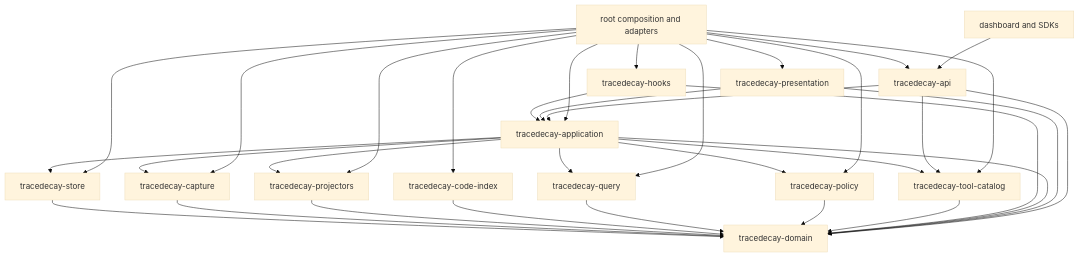
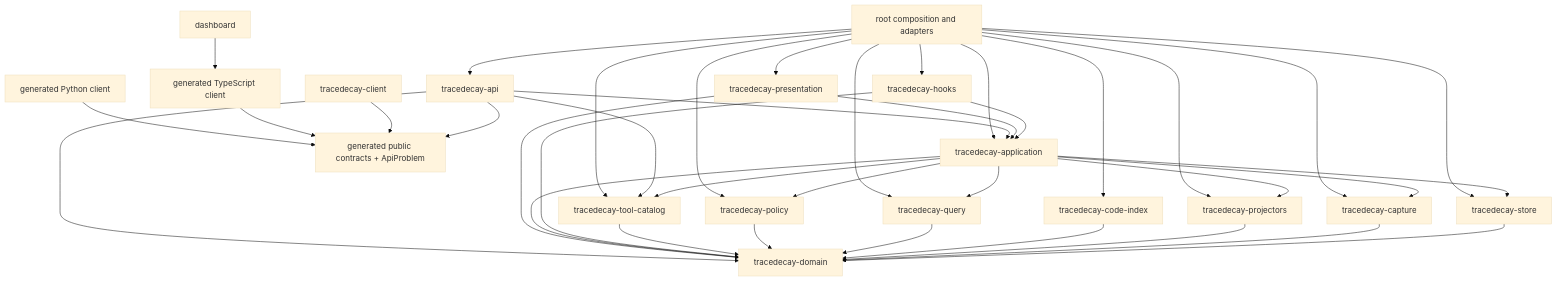
One commit to ScriptedAlchemy/tracedecay changed the first of 2 diagrams in docs/plans/tracedecay-v2/19-system-defragmentation-convergence-and-extensibility.md. Above: the diagram before and after it, drawn with Mermaid (base theme). The commit also changed other lines of this file and 27 other files, not shown here.

````diff
--- a/docs/plans/tracedecay-v2/19-system-defragmentation-convergence-and-extensibility.md
+++ b/docs/plans/tracedecay-v2/19-system-defragmentation-convergence-and-extensibility.md
@@ -305,37 +315,42 @@
 ```mermaid
 flowchart TD
     D["tracedecay-domain"]
     S["tracedecay-store"] --> D
     C["tracedecay-capture"] --> D
     J["tracedecay-projectors"] --> D
     CI["tracedecay-code-index"] --> D
     Q["tracedecay-query"] --> D
     P["tracedecay-policy"] --> D
     T["tracedecay-tool-catalog"] --> D
     H["tracedecay-hooks"] --> D
     A["tracedecay-application"] --> D
     A --> S
     A --> C
     A --> J
     A --> Q
     A --> P
     A --> T
     H --> A
     PR["tracedecay-presentation"] --> A
     PR --> D
     API["tracedecay-api"] --> A
     API --> D
     API --> T
+    CONTRACT["generated public contracts + ApiProblem"]
+    API --> CONTRACT
+    CLIENT["tracedecay-client"] --> CONTRACT
     R["root composition and adapters"] --> A
     R --> API
     R --> S
     R --> C
     R --> J
     R --> CI
     R --> Q
     R --> P
     R --> H
     R --> T
     R --> PR
-    UI["dashboard and SDKs"] --> API
+    TS["generated TypeScript client"] --> CONTRACT
+    PY["generated Python client"] --> CONTRACT
+    UI["dashboard"] --> TS
 ```
````
